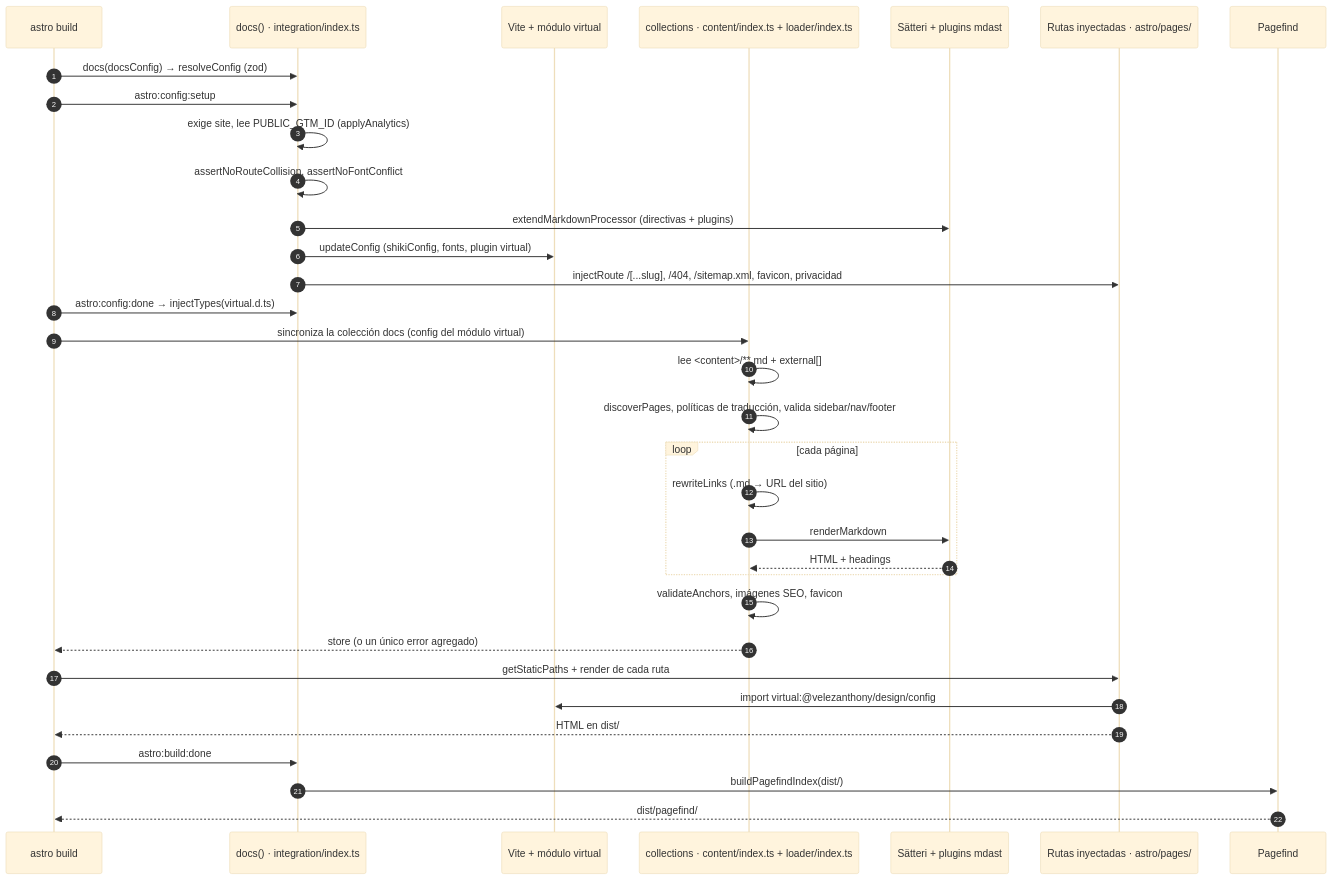
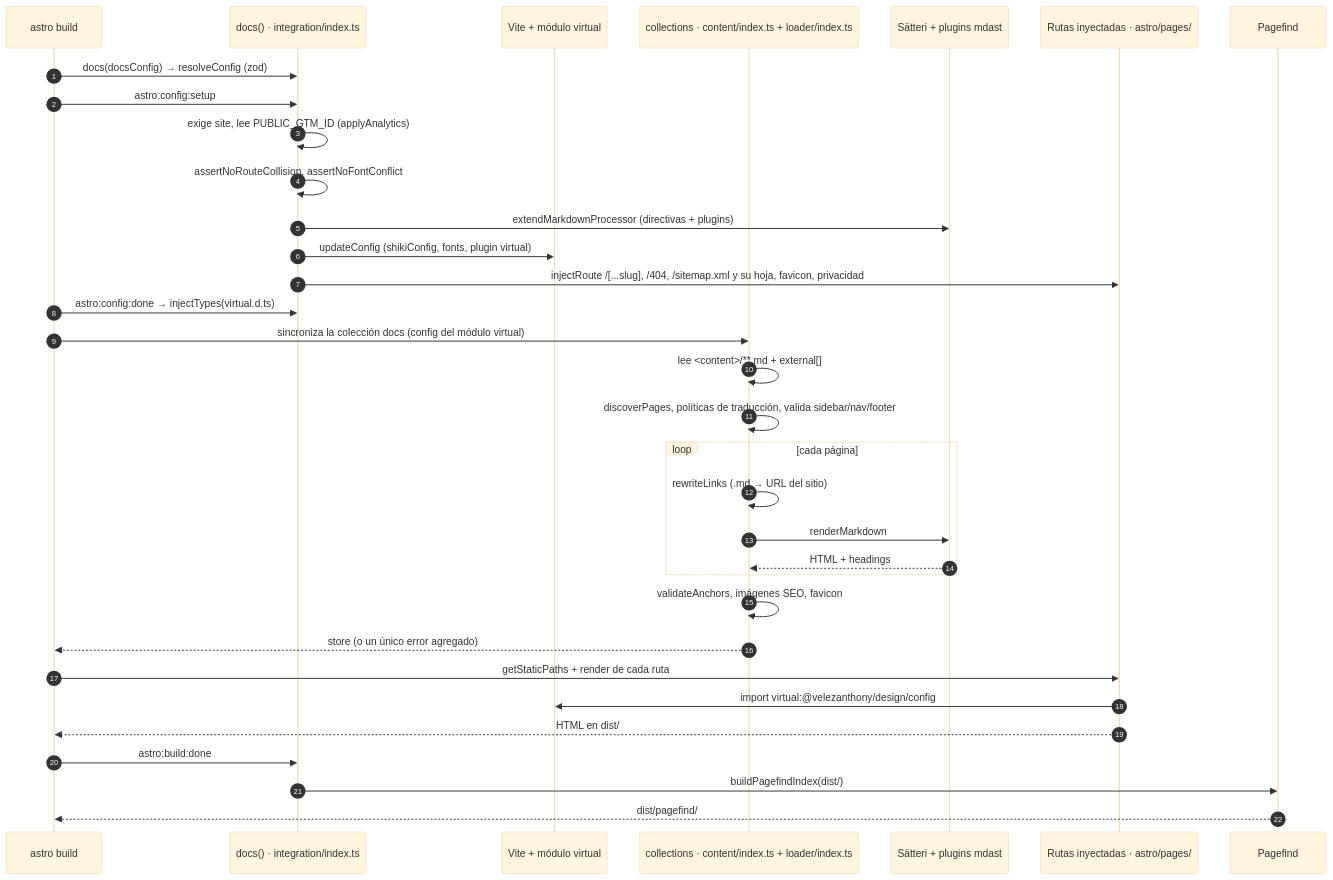
The first of 2 diagrams in docs/src/content/docs/integracion/por-dentro.md (velezanthony/design), drawn with Mermaid (base theme) before and after one commit. The commit also changed other lines of this file and 1 other file, not shown here.

Commit message:
docs(seo): how the sitemap gets its style and why it is CSS

````diff
--- a/docs/src/content/docs/integracion/por-dentro.md
+++ b/docs/src/content/docs/integracion/por-dentro.md
@@ -32,36 +32,36 @@
 ```mermaid
 sequenceDiagram
   autonumber
   participant CLI as astro build
   participant Int as docs() · integration/index.ts
   participant Vite as Vite + módulo virtual
   participant Ldr as collections · content/index.ts + loader/index.ts
   participant MD as Sätteri + plugins mdast
   participant Rt as Rutas inyectadas · astro/pages/
   participant PF as Pagefind
 
   CLI->>Int: docs(docsConfig) → resolveConfig (zod)
   CLI->>Int: astro:config:setup
   Int->>Int: exige site, lee PUBLIC_GTM_ID (applyAnalytics)
   Int->>Int: assertNoRouteCollision, assertNoFontConflict
   Int->>MD: extendMarkdownProcessor (directivas + plugins)
   Int->>Vite: updateConfig (shikiConfig, fonts, plugin virtual)
-  Int->>Rt: injectRoute /[...slug], /404, /sitemap.xml, favicon, privacidad
+  Int->>Rt: injectRoute /[...slug], /404, /sitemap.xml y su hoja, favicon, privacidad
   CLI->>Int: astro:config:done → injectTypes(virtual.d.ts)
   CLI->>Ldr: sincroniza la colección docs (config del módulo virtual)
   Ldr->>Ldr: lee <content>/**.md + external[]
   Ldr->>Ldr: discoverPages, políticas de traducción, valida sidebar/nav/footer
   loop cada página
     Ldr->>Ldr: rewriteLinks (.md → URL del sitio)
     Ldr->>MD: renderMarkdown
     MD-->>Ldr: HTML + headings
   end
   Ldr->>Ldr: validateAnchors, imágenes SEO, favicon
   Ldr-->>CLI: store (o un único error agregado)
   CLI->>Rt: getStaticPaths + render de cada ruta
   Rt->>Vite: import virtual:@velezanthony/design/config
   Rt-->>CLI: HTML en dist/
   CLI->>Int: astro:build:done
   Int->>PF: buildPagefindIndex(dist/)
   PF-->>CLI: dist/pagefind/
 ```
````
